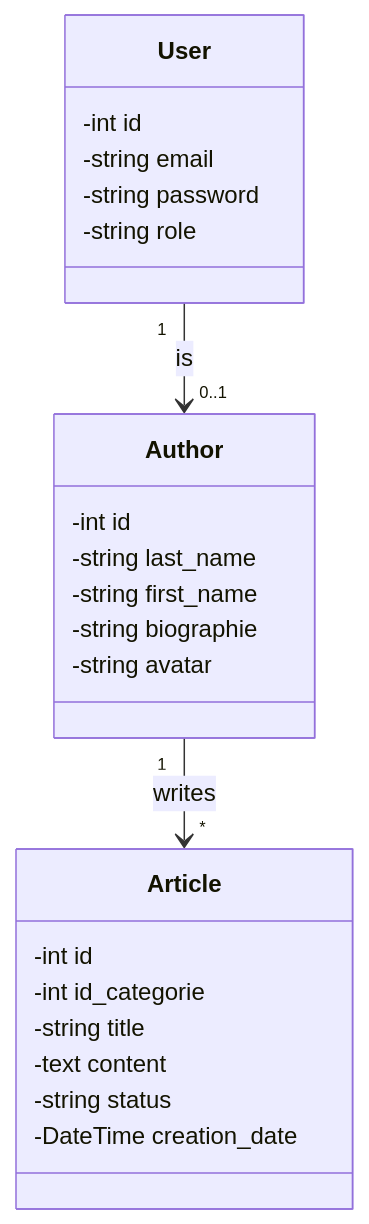
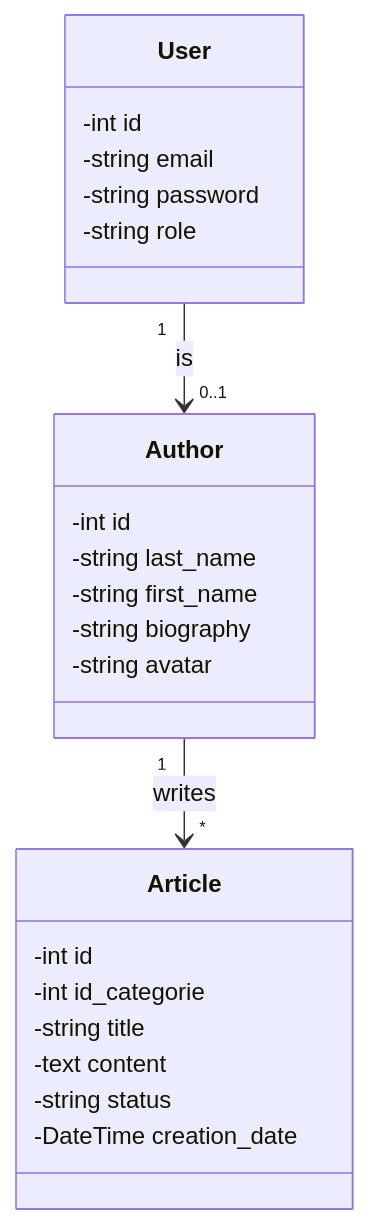
The diagram in Objets/BlogClass.mmd (El-Morabiti-Ahmed/Tutoriels), drawn with Mermaid before and after one commit.

```diff
--- a/Objets/BlogClass.mmd
+++ b/Objets/BlogClass.mmd
@@ -1,27 +1,27 @@
 classDiagram
     class User {
         -int id
         -string email
         -string password
         -string role
     }
 
     class Author {
         -int id
         -string last_name
         -string first_name
-        -string biographie
+        -string biography
         -string avatar
     }
 
     class Article {
         -int id
         -int id_categorie
         -string title
         -text content
         -string status
         -DateTime creation_date
     }
 
     User "1" --> "0..1" Author : is
     Author "1" --> "*" Article : writes
```
